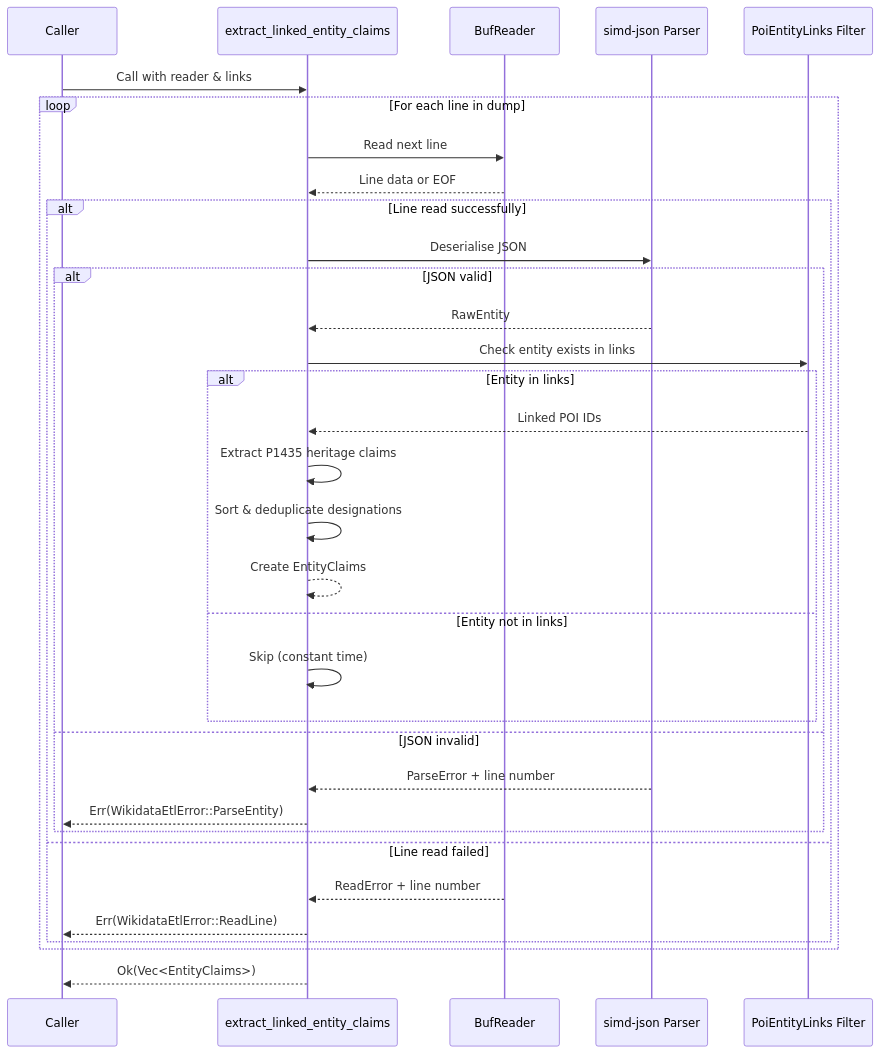
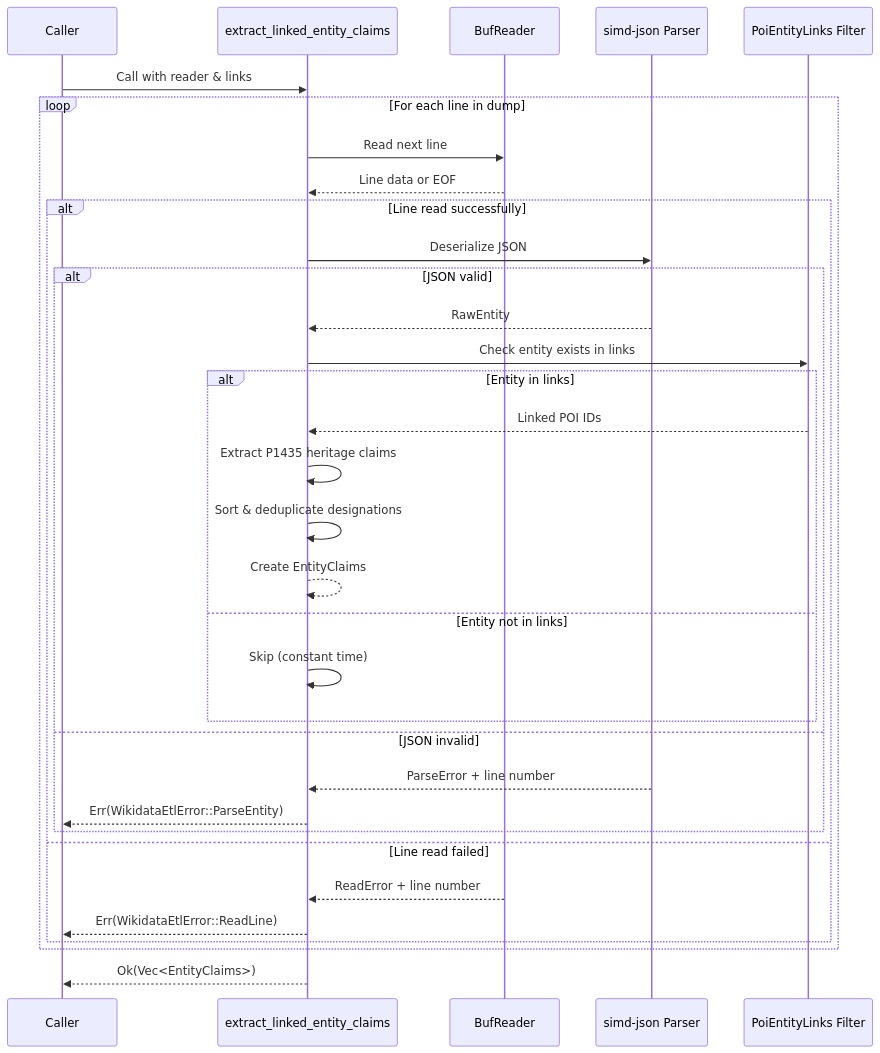
One commit to leynos/wildside-engine changed the diagram in docs/wildside-engine-design/02-data-foundation.md. Above: the diagram before and after it, drawn with Mermaid. The commit also changed other lines of this file and 18 other files, not shown here.

````diff
--- a/docs/wildside-engine-design/02-data-foundation.md
+++ b/docs/wildside-engine-design/02-data-foundation.md
@@ -176,39 +174,39 @@
 ```mermaid
 sequenceDiagram
     participant Caller
     participant extract_linked_entity_claims
     participant BufReader
     participant JSONParser as simd-json Parser
     participant PoiEntityLinks as PoiEntityLinks Filter
 
     Caller->>extract_linked_entity_claims: Call with reader & links
 
     loop For each line in dump
         extract_linked_entity_claims->>BufReader: Read next line
         BufReader-->>extract_linked_entity_claims: Line data or EOF
 
         alt Line read successfully
-            extract_linked_entity_claims->>JSONParser: Deserialise JSON
+            extract_linked_entity_claims->>JSONParser: Deserialize JSON
             alt JSON valid
                 JSONParser-->>extract_linked_entity_claims: RawEntity
                 extract_linked_entity_claims->>PoiEntityLinks: Check entity exists in links
                 alt Entity in links
                     PoiEntityLinks-->>extract_linked_entity_claims: Linked POI IDs
                     extract_linked_entity_claims->>extract_linked_entity_claims: Extract P1435 heritage claims
                     extract_linked_entity_claims->>extract_linked_entity_claims: Sort & deduplicate designations
                     extract_linked_entity_claims-->>extract_linked_entity_claims: Create EntityClaims
                 else Entity not in links
                     extract_linked_entity_claims->>extract_linked_entity_claims: Skip (constant time)
                 end
             else JSON invalid
                 JSONParser-->>extract_linked_entity_claims: ParseError + line number
                 extract_linked_entity_claims-->>Caller: Err(WikidataEtlError::ParseEntity)
             end
         else Line read failed
             BufReader-->>extract_linked_entity_claims: ReadError + line number
             extract_linked_entity_claims-->>Caller: Err(WikidataEtlError::ReadLine)
         end
     end
 
     extract_linked_entity_claims-->>Caller: Ok(Vec<EntityClaims>)
 ```
````
